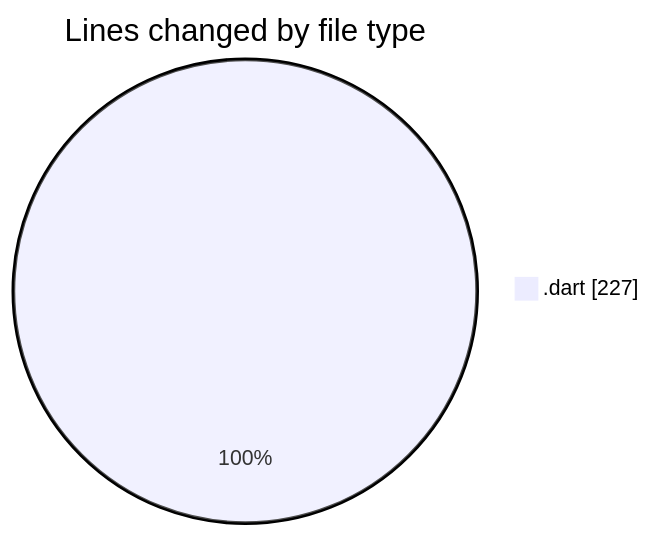
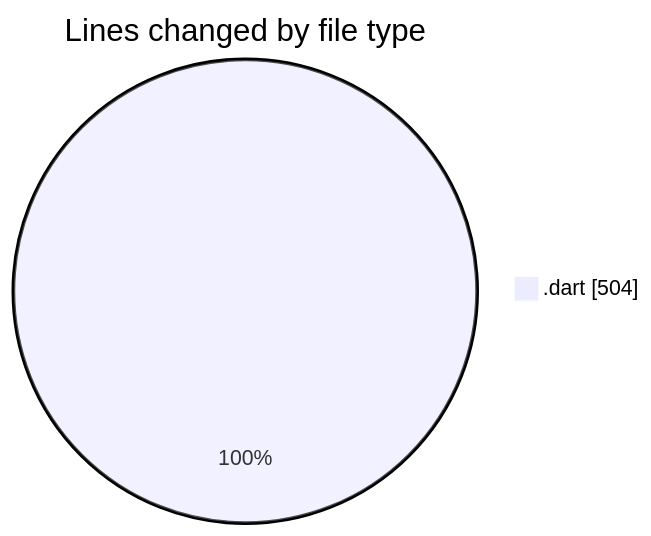
One commit to donsfak/code-tracking changed the first of 2 diagrams in 2025-01-13/trackers_app/README.md. Above: the diagram before and after it, drawn with Mermaid. The commit also changed other lines of this file and 1 other file, not shown here.

````diff
--- a/2025-01-13/trackers_app/README.md
+++ b/2025-01-13/trackers_app/README.md
@@ -22,5 +22,5 @@
 ```mermaid
 pie showData
 title Lines changed by file type
-".dart" : 227
+".dart" : 504
 ```
````
